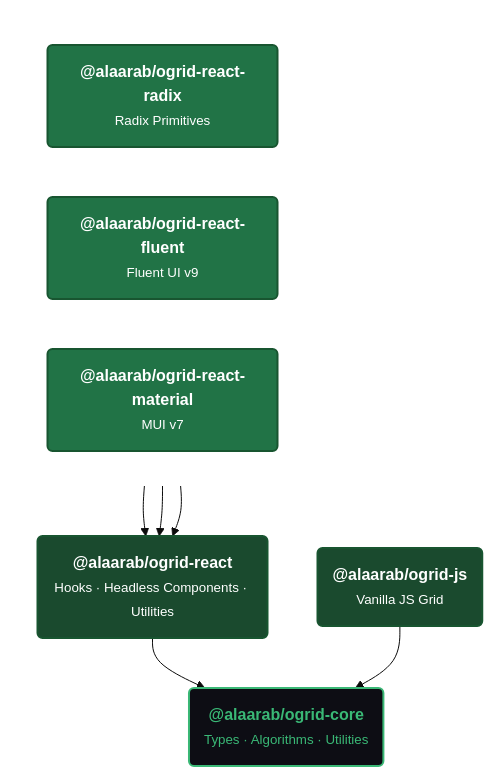
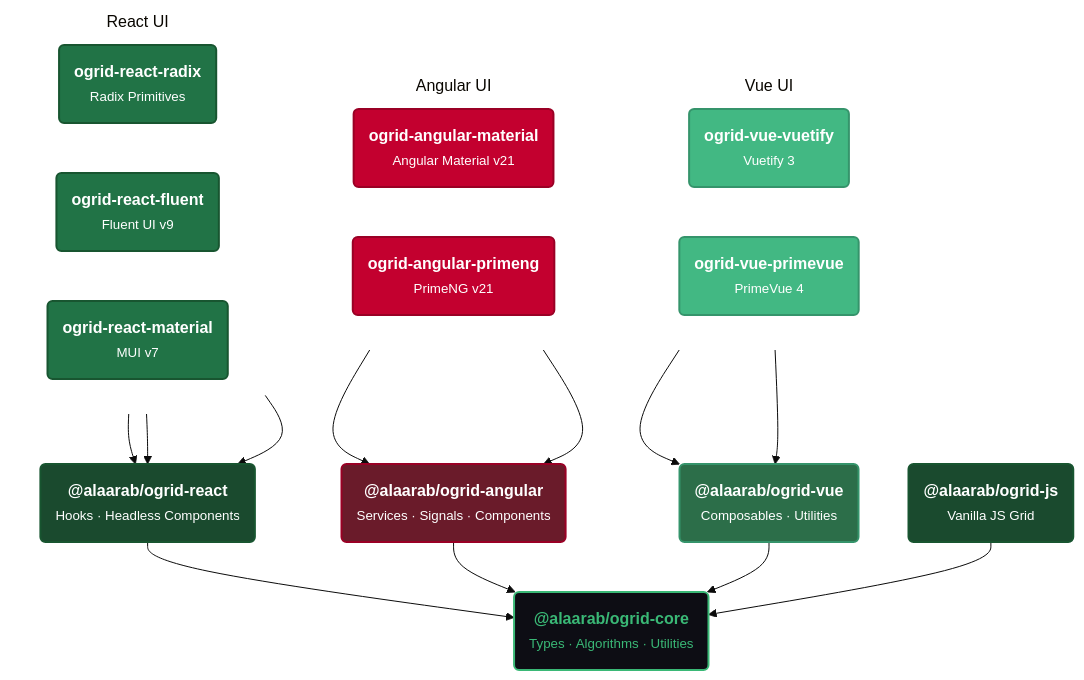
Before and after one commit to alaarab/ogrid: the diagram in packages/docs/docs/getting-started/overview.mdx, drawn with Mermaid (base theme). The commit also changed other lines of this file and 131 other files, not shown here.

First line of the commit message:
feat: add Angular and Vue framework support, bump all packages to v2.0.2

````diff
--- a/packages/docs/docs/getting-started/overview.mdx
+++ b/packages/docs/docs/getting-started/overview.mdx
@@ -25,27 +25,55 @@
 ```mermaid
 flowchart TD
-  subgraph ui [" "]
+  subgraph reactui ["React UI"]
     direction LR
-    radix("<b>@alaarab/ogrid-react-radix</b><br/><small>Radix Primitives</small>")
-    fluent("<b>@alaarab/ogrid-react-fluent</b><br/><small>Fluent UI v9</small>")
-    material("<b>@alaarab/ogrid-react-material</b><br/><small>MUI v7</small>")
+    radix("<b>ogrid-react-radix</b><br/><small>Radix Primitives</small>")
+    fluent("<b>ogrid-react-fluent</b><br/><small>Fluent UI v9</small>")
+    material("<b>ogrid-react-material</b><br/><small>MUI v7</small>")
+  end
+
+  subgraph angularui ["Angular UI"]
+    direction LR
+    angmat("<b>ogrid-angular-material</b><br/><small>Angular Material v21</small>")
+    angprime("<b>ogrid-angular-primeng</b><br/><small>PrimeNG v21</small>")
+  end
+
+  subgraph vueui ["Vue UI"]
+    direction LR
+    vuetify("<b>ogrid-vue-vuetify</b><br/><small>Vuetify 3</small>")
+    vueprime("<b>ogrid-vue-primevue</b><br/><small>PrimeVue 4</small>")
   end
 
   radix --> react
   fluent --> react
   material --> react
+  angmat --> angular
+  angprime --> angular
+  vuetify --> vue
+  vueprime --> vue
   react --> core
+  angular --> core
+  vue --> core
   js --> core
 
-  react("<b>@alaarab/ogrid-react</b><br/><small>Hooks · Headless Components · Utilities</small>")
+  react("<b>@alaarab/ogrid-react</b><br/><small>Hooks · Headless Components</small>")
+  angular("<b>@alaarab/ogrid-angular</b><br/><small>Services · Signals · Components</small>")
+  vue("<b>@alaarab/ogrid-vue</b><br/><small>Composables · Utilities</small>")
   js("<b>@alaarab/ogrid-js</b><br/><small>Vanilla JS Grid</small>")
   core("<b>@alaarab/ogrid-core</b><br/><small>Types · Algorithms · Utilities</small>")
 
   style radix fill:#217346,color:#fff,stroke:#185530,stroke-width:2px
   style fluent fill:#217346,color:#fff,stroke:#185530,stroke-width:2px
   style material fill:#217346,color:#fff,stroke:#185530,stroke-width:2px
+  style angmat fill:#c3002f,color:#fff,stroke:#9a0025,stroke-width:2px
+  style angprime fill:#c3002f,color:#fff,stroke:#9a0025,stroke-width:2px
+  style vuetify fill:#42b883,color:#fff,stroke:#35946b,stroke-width:2px
+  style vueprime fill:#42b883,color:#fff,stroke:#35946b,stroke-width:2px
   style react fill:#1a4a2e,color:#fff,stroke:#185530,stroke-width:2px
+  style angular fill:#6a1b2a,color:#fff,stroke:#9a0025,stroke-width:2px
+  style vue fill:#2c6e49,color:#fff,stroke:#35946b,stroke-width:2px
   style js fill:#1a4a2e,color:#fff,stroke:#185530,stroke-width:2px
   style core fill:#0d0d14,color:#3ab876,stroke:#3ab876,stroke-width:2px
-  style ui fill:none,stroke:none
+  style reactui fill:none,stroke:none
+  style angularui fill:none,stroke:none
+  style vueui fill:none,stroke:none
 ```
````
